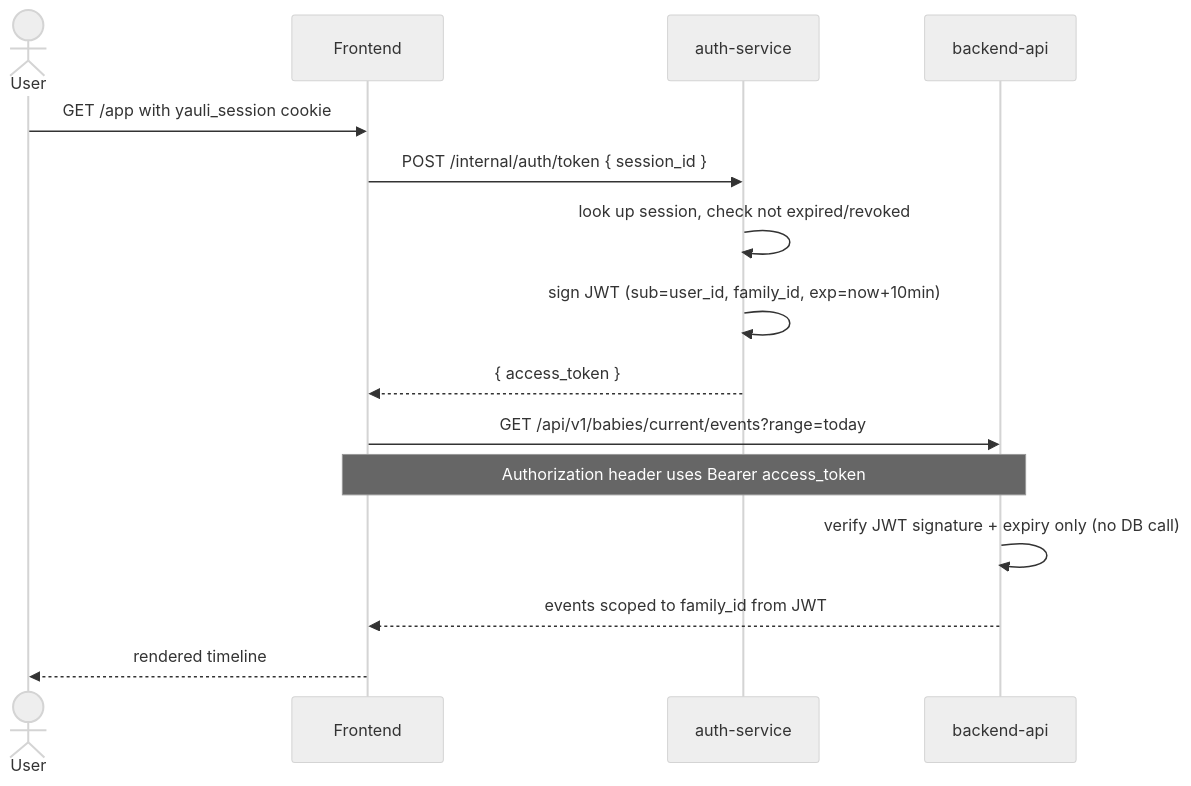
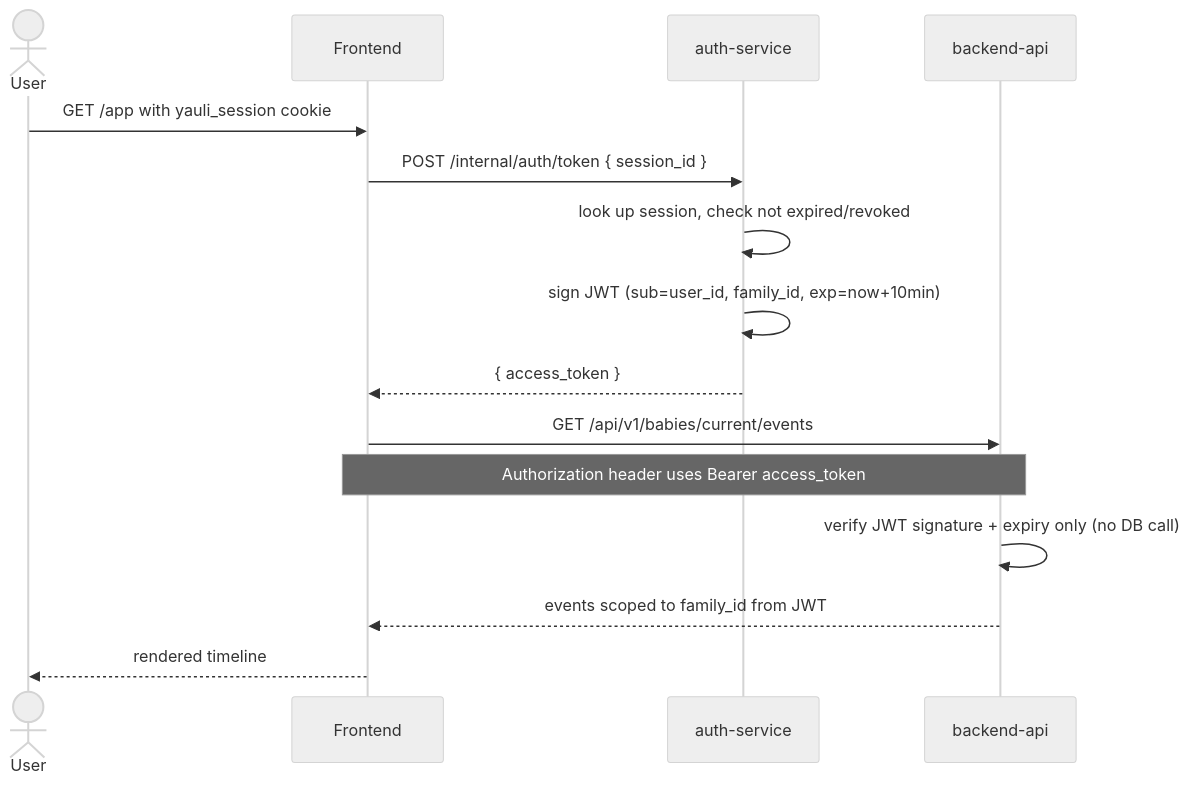
Before and after one commit to andreistefanciprian/yauyau: the second of 4 diagrams in docs/auth-magic-link.md, drawn with Mermaid (neutral theme). The commit also changed 11 other files, not shown here.

Commit message:
Use explicit dates for timeline selection

````diff
--- a/docs/auth-magic-link.md
+++ b/docs/auth-magic-link.md
@@ -166,18 +166,18 @@
 ```mermaid
 sequenceDiagram
     actor User
     participant Frontend
     participant Auth as auth-service
     participant Backend as backend-api
 
     User->>Frontend: GET /app with yauli_session cookie
     Frontend->>Auth: POST /internal/auth/token { session_id }
     Auth->>Auth: look up session, check not expired/revoked
     Auth->>Auth: sign JWT (sub=user_id, family_id, exp=now+10min)
     Auth-->>Frontend: { access_token }
-    Frontend->>Backend: GET /api/v1/babies/current/events?range=today
+    Frontend->>Backend: GET /api/v1/babies/current/events
     Note over Frontend,Backend: Authorization header uses Bearer access_token
     Backend->>Backend: verify JWT signature + expiry only (no DB call)
     Backend-->>Frontend: events scoped to family_id from JWT
     Frontend-->>User: rendered timeline
 ```
````
